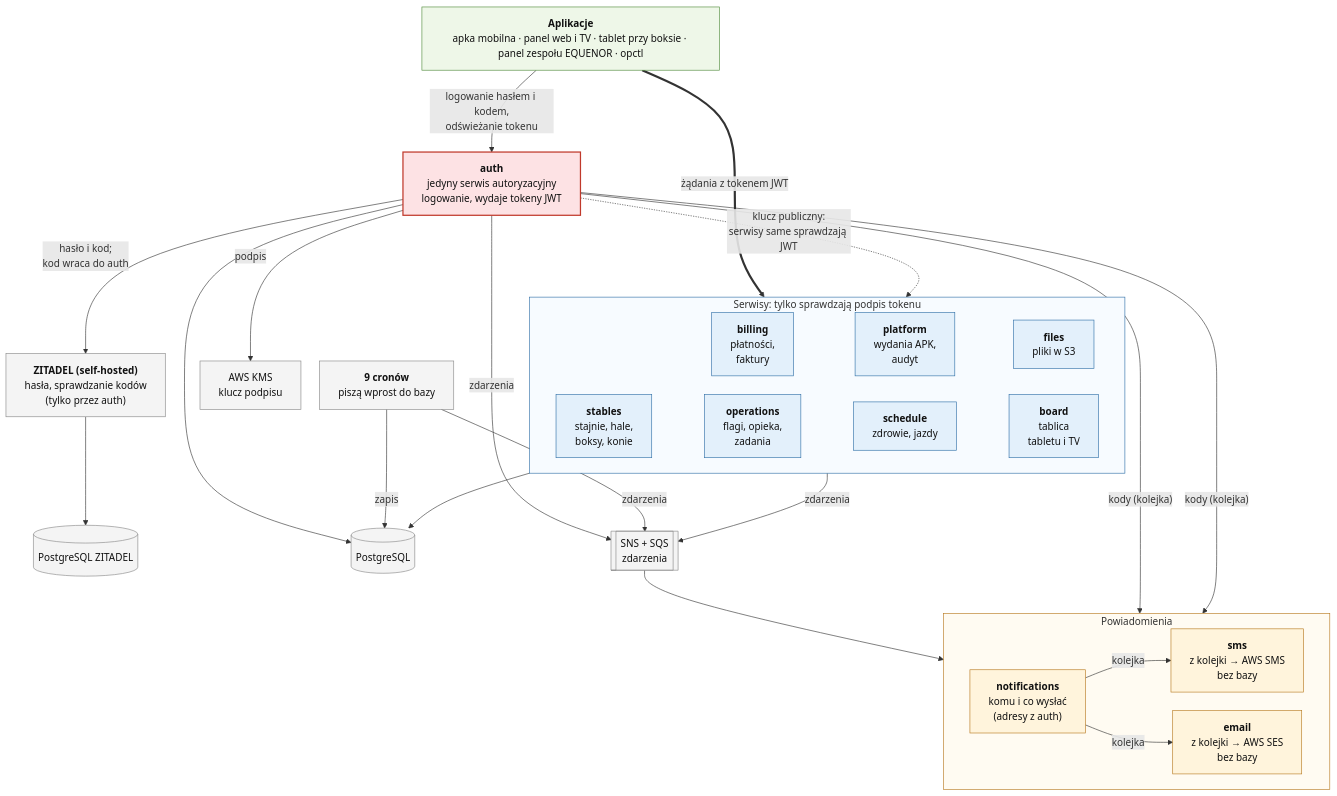
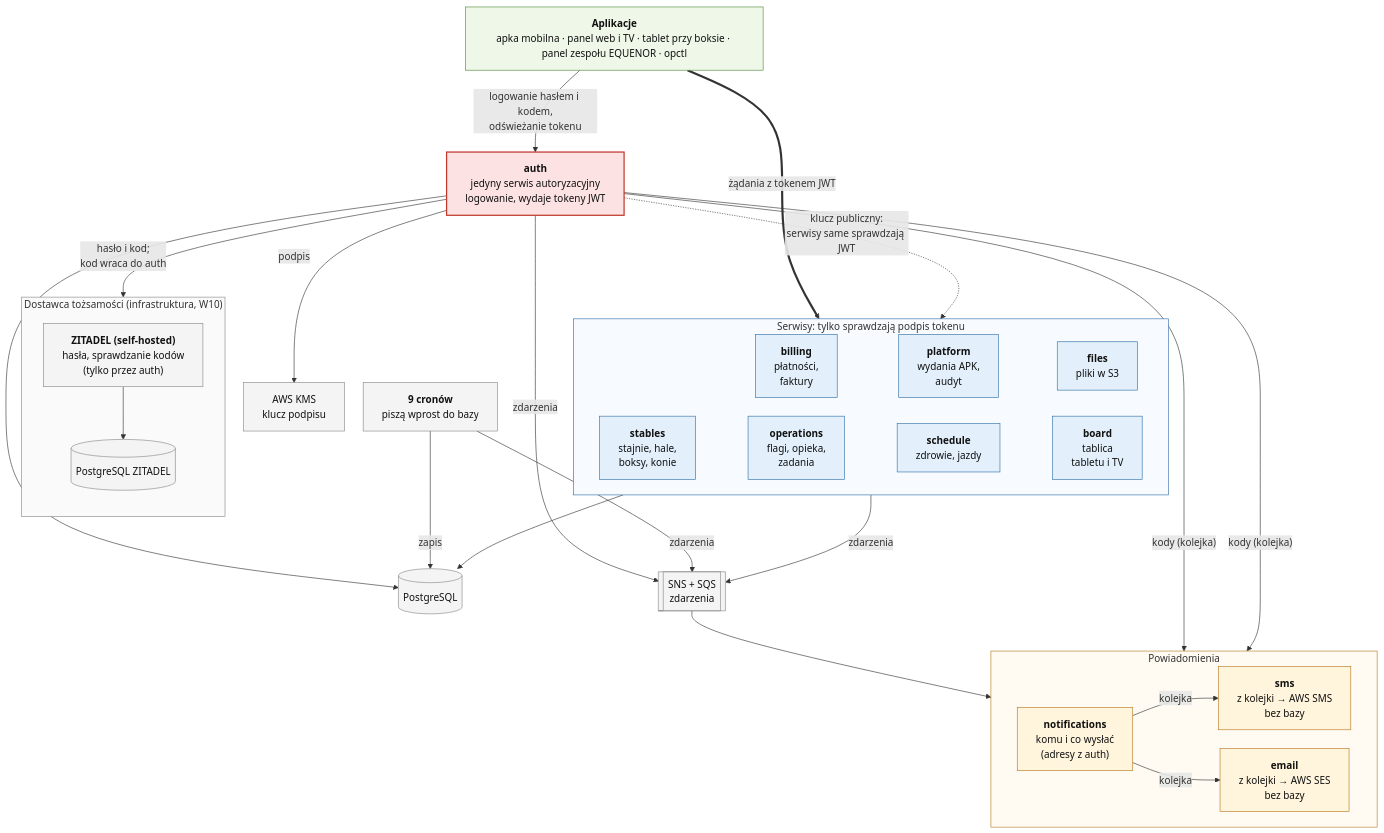
One commit to ClewlerStudent/KonskaAppka changed the diagram in docs/mikroserwisy/uslugi.mmd. Above: the diagram before and after it, drawn with Mermaid. The commit also changed 9 other files, not shown here.

First line of the commit message:
ZITADEL self-hosted zamiast Cognito; kody wysyła auth; otwarte trasy

```diff
--- a/docs/mikroserwisy/uslugi.mmd
+++ b/docs/mikroserwisy/uslugi.mmd
@@ -1,63 +1,67 @@
 %%{init: {"flowchart": {"curve": "basis", "nodeSpacing": 30, "rankSpacing": 60, "wrappingWidth": 420}, "themeVariables": {"fontSize": "16px"}}}%%
 flowchart TB
     APPS["<b>Aplikacje</b><br/>apka mobilna · panel web i TV · tablet przy boksie · panel zespołu EQUENOR · opctl"]
 
-    ZIT["<b>ZITADEL (self-hosted)</b><br/>hasła, sprawdzanie kodów<br/>(tylko przez auth)"]
-    ZDB[("PostgreSQL ZITADEL")]
+    subgraph IDP["Dostawca tożsamości (infrastruktura, W10)"]
+        direction TB
+        ZIT["<b>ZITADEL (self-hosted)</b><br/>hasła, sprawdzanie kodów<br/>(tylko przez auth)"]
+        ZDB[("PostgreSQL ZITADEL")]
+    end
     AUTH["<b>auth</b><br/>jedyny serwis autoryzacyjny<br/>logowanie, wydaje tokeny JWT"]
     KMS["AWS KMS<br/>klucz podpisu"]
 
     subgraph DOM["Serwisy: tylko sprawdzają podpis tokenu"]
         direction LR
         stables["<b>stables</b><br/>stajnie, hale,<br/>boksy, konie"]
         operations["<b>operations</b><br/>flagi, opieka,<br/>zadania"]
         schedule["<b>schedule</b><br/>zdrowie, jazdy"]
         board["<b>board</b><br/>tablica<br/>tabletu i TV"]
         billing["<b>billing</b><br/>płatności,<br/>faktury"]
         platform["<b>platform</b><br/>wydania APK,<br/>audyt"]
         files["<b>files</b><br/>pliki w S3"]
         billing ~~~ platform ~~~ files
         stables ~~~ operations ~~~ schedule ~~~ board
     end
 
     CRON["<b>9 cronów</b><br/>piszą wprost do bazy"]
     DB[("PostgreSQL")]
     BUS[["SNS + SQS<br/>zdarzenia"]]
 
     subgraph NOTE["Powiadomienia"]
         direction LR
         notifications["<b>notifications</b><br/>komu i co wysłać<br/>(adresy z auth)"]
         sms["<b>sms</b><br/>z kolejki → AWS SMS<br/>bez bazy"]
         email["<b>email</b><br/>z kolejki → AWS SES<br/>bez bazy"]
     end
 
     APPS -- "logowanie hasłem i kodem,<br/>odświeżanie tokenu" --> AUTH
     AUTH -- "hasło i kod;<br/>kod wraca do auth" --> ZIT
     ZIT --> ZDB
     APPS == "żądania z tokenem JWT" ==> DOM
     AUTH -- "podpis" --> KMS
     AUTH -. "klucz publiczny:<br/>serwisy same sprawdzają JWT" .-> DOM
     AUTH --> DB
     AUTH -- "zdarzenia" --> BUS
     DOM --> DB
     DOM -- "zdarzenia" --> BUS
     CRON -- "zapis" --> DB
     CRON -- "zdarzenia" --> BUS
     BUS --> notifications
     notifications -- "kolejka" --> sms
     notifications -- "kolejka" --> email
     AUTH -- "kody (kolejka)" --> sms
     AUTH -- "kody (kolejka)" --> email
 
     classDef authc fill:#fde2e4,stroke:#c0392b,stroke-width:2px,color:#111
     classDef svc fill:#e3f0fb,stroke:#2f6fa7,color:#111
     classDef ntf fill:#fff4dc,stroke:#b7791f,color:#111
     classDef cli fill:#eef7e8,stroke:#4f8a3a,color:#111
     classDef ext fill:#f4f4f4,stroke:#888,color:#111
     class AUTH authc
     class stables,operations,schedule,board,billing,platform,files svc
     class notifications,sms,email ntf
     class APPS cli
     class ZIT,ZDB,KMS,DB,BUS,CRON ext
     style DOM fill:#f7fbff,stroke:#2f6fa7
     style NOTE fill:#fffbf2,stroke:#b7791f
+    style IDP fill:#fafafa,stroke:#888
```
